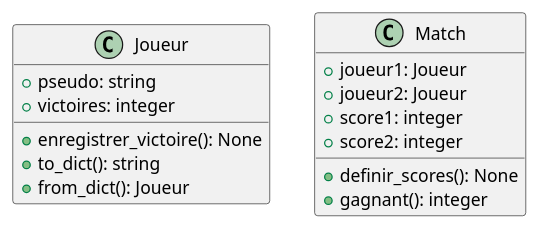
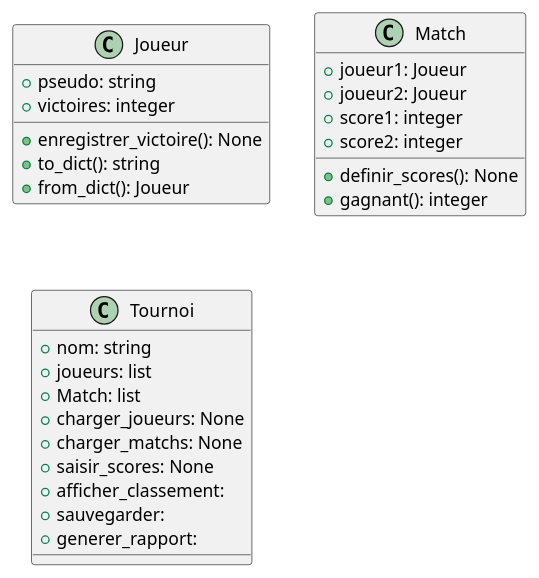
The diagram in UML/classe.puml (Ayoubsahel/TP2), drawn with PlantUML before and after one commit. The commit also changed 2 other files, not shown here.

Commit message:
modif classe.puml+ fonction charger_jour dans tournoi.py+ modif de lire_csv dans utils.py

```diff
--- a/UML/classe.puml
+++ b/UML/classe.puml
@@ -1,20 +1,31 @@
 @startuml
 class Joueur{ 
     + pseudo: string
     + victoires: integer    
     + enregistrer_victoire(): None
     + to_dict(): string
     + from_dict(): Joueur
-    }
+}
 class Match{
     + joueur1: Joueur
     + joueur2: Joueur
     + score1: integer
     + score2: integer
     + definir_scores(): None
     + gagnant(): integer
 }
+class Tournoi{
+    + nom: string 
+    + joueurs: list
+    + Match: list
+    + charger_joueurs: None
+    + charger_matchs: None
+    + saisir_scores: None
+    + afficher_classement:
+    + sauvegarder: 
+    + generer_rapport:
+}
 
 
 
 @enduml
```
